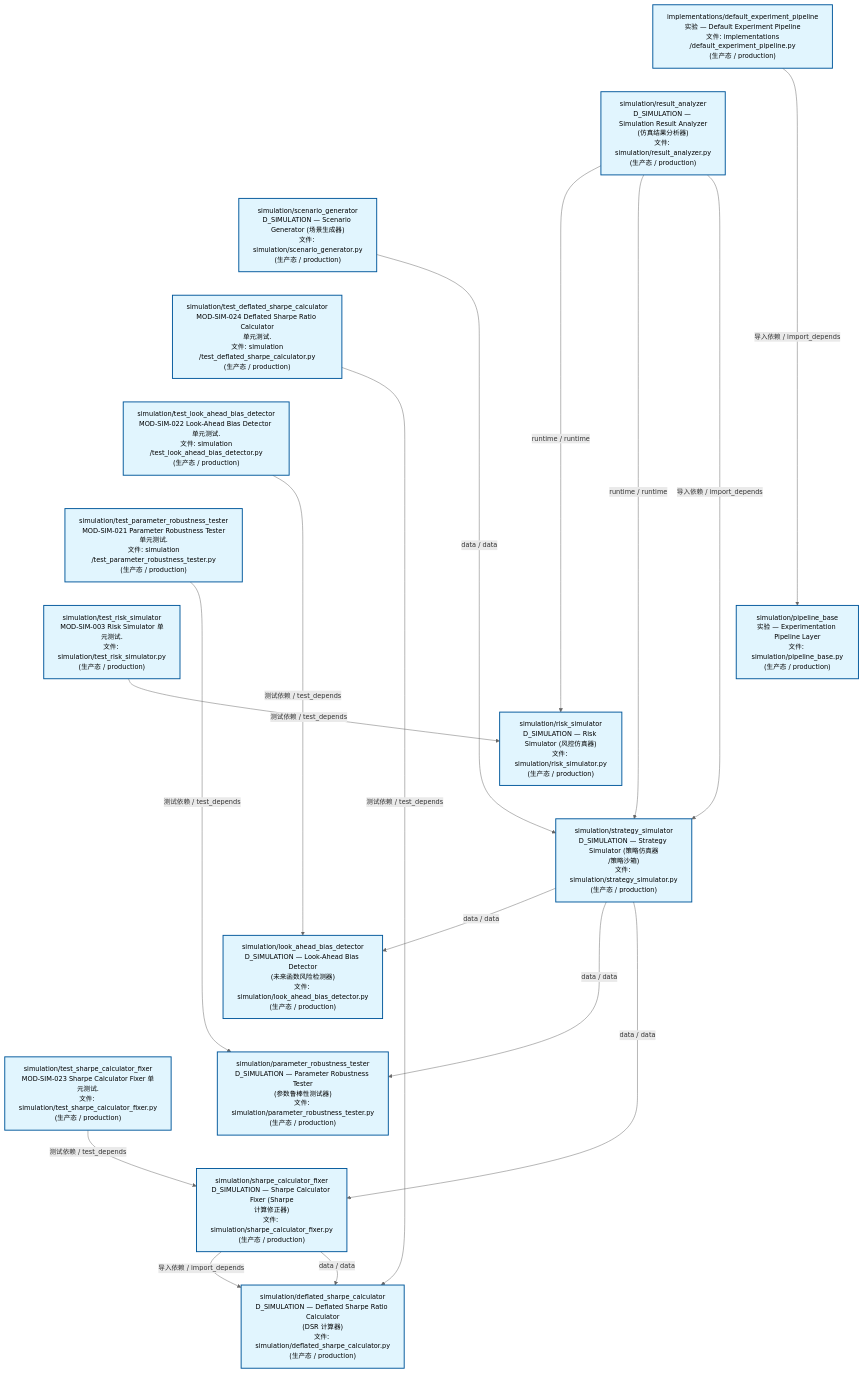
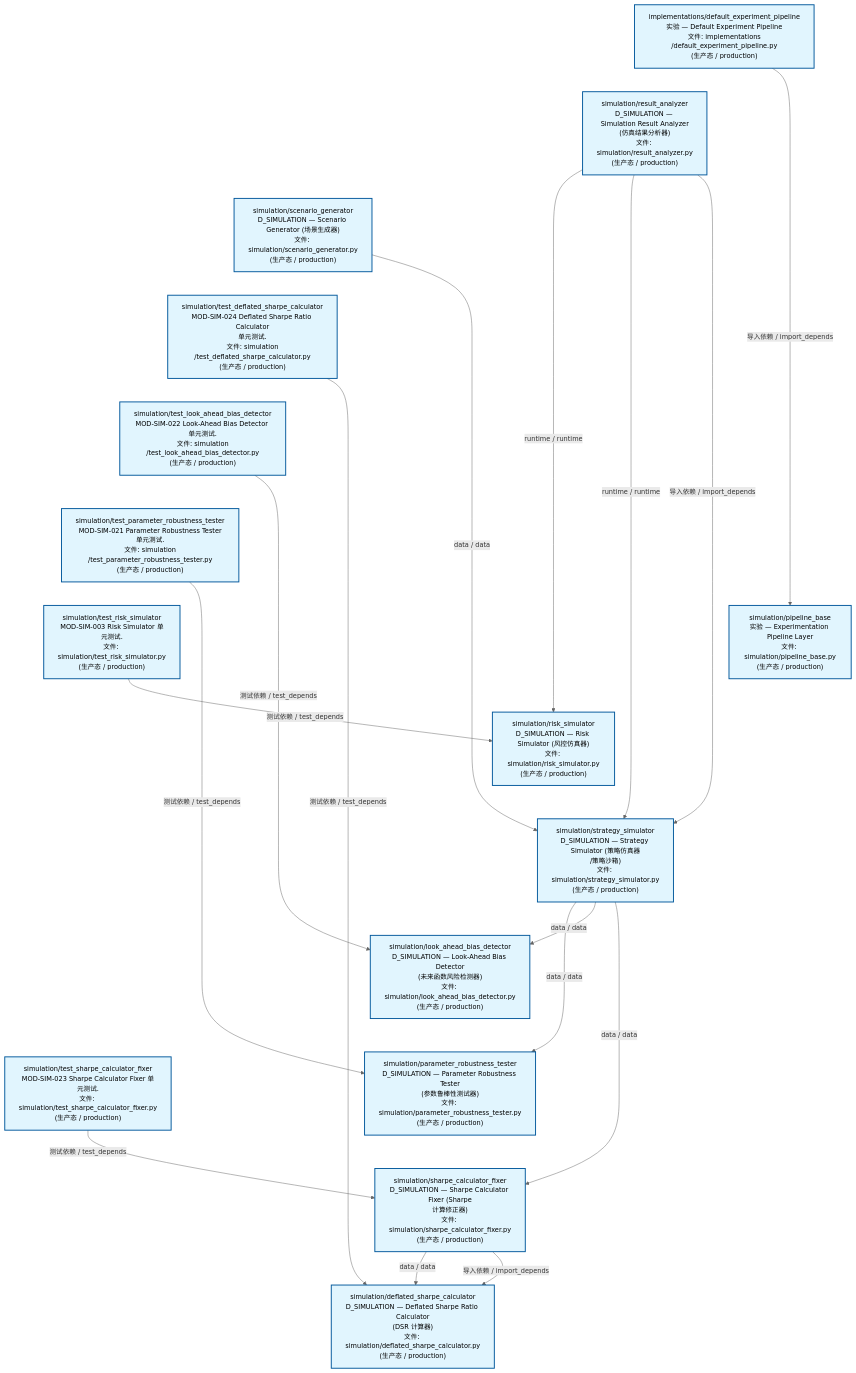
The second of 3 diagrams in docs/02_enterprise_architecture/02_domain_architecture_docs/70_d_simulation.md (xuanFelixVan/ZephyrAlpha), drawn with Mermaid before and after one commit. The commit also changed other lines of this file and 43 other files, not shown here.

````diff
--- a/docs/02_enterprise_architecture/02_domain_architecture_docs/70_d_simulation.md
+++ b/docs/02_enterprise_architecture/02_domain_architecture_docs/70_d_simulation.md
@@ -123,50 +123,50 @@
 ```mermaid
 %%{init: {'theme': 'base', 'themeVariables': {'primaryColor': '#eaeaea', 'primaryTextColor': '#333333', 'primaryBorderColor': '#666666', 'lineColor': '#666666', 'secondaryColor': '#eaeaea', 'tertiaryColor': '#eaeaea', 'fontSize': '14px'}}}%%
 flowchart TD
     src_zephyr_simulation_implementations_default_experiment_pipeline_py["implementations/default_experiment_pipeline<br/>实验 — Default Experiment Pipeline<br/>文件: implementations<br/>/default_experiment_pipeline.py<br/>(生产态 / production)"]
     src_zephyr_simulation_result_analyzer_py["simulation/result_analyzer<br/>D_SIMULATION — Simulation Result Analyzer<br/>(仿真结果分析器)<br/>文件: simulation/result_analyzer.py<br/>(生产态 / production)"]
     src_zephyr_simulation_scenario_generator_py["simulation/scenario_generator<br/>D_SIMULATION — Scenario Generator (场景生成器)<br/>文件: simulation/scenario_generator.py<br/>(生产态 / production)"]
     tests_simulation_test_deflated_sharpe_calculator_py["simulation/test_deflated_sharpe_calculator<br/>MOD-SIM-024 Deflated Sharpe Ratio Calculator<br/>单元测试.<br/>文件: simulation<br/>/test_deflated_sharpe_calculator.py<br/>(生产态 / production)"]
     tests_simulation_test_look_ahead_bias_detector_py["simulation/test_look_ahead_bias_detector<br/>MOD-SIM-022 Look-Ahead Bias Detector 单元测试.<br/>文件: simulation<br/>/test_look_ahead_bias_detector.py<br/>(生产态 / production)"]
     tests_simulation_test_parameter_robustness_tester_py["simulation/test_parameter_robustness_tester<br/>MOD-SIM-021 Parameter Robustness Tester<br/>单元测试.<br/>文件: simulation<br/>/test_parameter_robustness_tester.py<br/>(生产态 / production)"]
     tests_simulation_test_risk_simulator_py["simulation/test_risk_simulator<br/>MOD-SIM-003 Risk Simulator 单元测试.<br/>文件: simulation/test_risk_simulator.py<br/>(生产态 / production)"]
     tests_simulation_test_sharpe_calculator_fixer_py["simulation/test_sharpe_calculator_fixer<br/>MOD-SIM-023 Sharpe Calculator Fixer 单元测试.<br/>文件: simulation/test_sharpe_calculator_fixer.py<br/>(生产态 / production)"]
     src_zephyr_simulation_implementations_default_experiment_pipeline_py ~~~ src_zephyr_simulation_result_analyzer_py
     src_zephyr_simulation_result_analyzer_py ~~~ src_zephyr_simulation_scenario_generator_py
     src_zephyr_simulation_scenario_generator_py ~~~ tests_simulation_test_deflated_sharpe_calculator_py
     tests_simulation_test_deflated_sharpe_calculator_py ~~~ tests_simulation_test_look_ahead_bias_detector_py
     tests_simulation_test_look_ahead_bias_detector_py ~~~ tests_simulation_test_parameter_robustness_tester_py
     tests_simulation_test_parameter_robustness_tester_py ~~~ tests_simulation_test_risk_simulator_py
     tests_simulation_test_risk_simulator_py ~~~ tests_simulation_test_sharpe_calculator_fixer_py
     src_zephyr_simulation_pipeline_base_py["simulation/pipeline_base<br/>实验 — Experimentation Pipeline Layer<br/>文件: simulation/pipeline_base.py<br/>(生产态 / production)"]
     src_zephyr_simulation_risk_simulator_py["simulation/risk_simulator<br/>D_SIMULATION — Risk Simulator (风控仿真器)<br/>文件: simulation/risk_simulator.py<br/>(生产态 / production)"]
     src_zephyr_simulation_strategy_simulator_py["simulation/strategy_simulator<br/>D_SIMULATION — Strategy Simulator (策略仿真器<br/>/策略沙箱)<br/>文件: simulation/strategy_simulator.py<br/>(生产态 / production)"]
     src_zephyr_simulation_pipeline_base_py ~~~ src_zephyr_simulation_risk_simulator_py
     src_zephyr_simulation_risk_simulator_py ~~~ src_zephyr_simulation_strategy_simulator_py
     src_zephyr_simulation_look_ahead_bias_detector_py["simulation/look_ahead_bias_detector<br/>D_SIMULATION — Look-Ahead Bias Detector<br/>(未来函数风险检测器)<br/>文件: simulation/look_ahead_bias_detector.py<br/>(生产态 / production)"]
     src_zephyr_simulation_parameter_robustness_tester_py["simulation/parameter_robustness_tester<br/>D_SIMULATION — Parameter Robustness Tester<br/>(参数鲁棒性测试器)<br/>文件: simulation/parameter_robustness_tester.py<br/>(生产态 / production)"]
     src_zephyr_simulation_sharpe_calculator_fixer_py["simulation/sharpe_calculator_fixer<br/>D_SIMULATION — Sharpe Calculator Fixer (Sharpe<br/>计算修正器)<br/>文件: simulation/sharpe_calculator_fixer.py<br/>(生产态 / production)"]
     src_zephyr_simulation_look_ahead_bias_detector_py ~~~ src_zephyr_simulation_parameter_robustness_tester_py
     src_zephyr_simulation_parameter_robustness_tester_py ~~~ src_zephyr_simulation_sharpe_calculator_fixer_py
     src_zephyr_simulation_deflated_sharpe_calculator_py["simulation/deflated_sharpe_calculator<br/>D_SIMULATION — Deflated Sharpe Ratio Calculator<br/>(DSR 计算器)<br/>文件: simulation/deflated_sharpe_calculator.py<br/>(生产态 / production)"]
     src_zephyr_simulation_scenario_generator_py -->|data / data| src_zephyr_simulation_strategy_simulator_py
     src_zephyr_simulation_result_analyzer_py -->|runtime / runtime| src_zephyr_simulation_risk_simulator_py
     src_zephyr_simulation_result_analyzer_py -->|runtime / runtime| src_zephyr_simulation_strategy_simulator_py
     src_zephyr_simulation_result_analyzer_py -->|导入依赖 / import_depends| src_zephyr_simulation_strategy_simulator_py
+    src_zephyr_simulation_strategy_simulator_py -->|data / data| src_zephyr_simulation_parameter_robustness_tester_py
+    src_zephyr_simulation_strategy_simulator_py -->|data / data| src_zephyr_simulation_look_ahead_bias_detector_py
+    src_zephyr_simulation_strategy_simulator_py -->|data / data| src_zephyr_simulation_sharpe_calculator_fixer_py
+    src_zephyr_simulation_sharpe_calculator_fixer_py -->|data / data| src_zephyr_simulation_deflated_sharpe_calculator_py
     src_zephyr_simulation_sharpe_calculator_fixer_py -->|导入依赖 / import_depends| src_zephyr_simulation_deflated_sharpe_calculator_py
-    src_zephyr_simulation_sharpe_calculator_fixer_py -->|data / data| src_zephyr_simulation_deflated_sharpe_calculator_py
-    src_zephyr_simulation_strategy_simulator_py -->|data / data| src_zephyr_simulation_look_ahead_bias_detector_py
-    src_zephyr_simulation_strategy_simulator_py -->|data / data| src_zephyr_simulation_parameter_robustness_tester_py
-    src_zephyr_simulation_strategy_simulator_py -->|data / data| src_zephyr_simulation_sharpe_calculator_fixer_py
     src_zephyr_simulation_implementations_default_experiment_pipeline_py -->|导入依赖 / import_depends| src_zephyr_simulation_pipeline_base_py
     tests_simulation_test_deflated_sharpe_calculator_py -->|测试依赖 / test_depends| src_zephyr_simulation_deflated_sharpe_calculator_py
+    tests_simulation_test_parameter_robustness_tester_py -->|测试依赖 / test_depends| src_zephyr_simulation_parameter_robustness_tester_py
     tests_simulation_test_look_ahead_bias_detector_py -->|测试依赖 / test_depends| src_zephyr_simulation_look_ahead_bias_detector_py
-    tests_simulation_test_parameter_robustness_tester_py -->|测试依赖 / test_depends| src_zephyr_simulation_parameter_robustness_tester_py
+    tests_simulation_test_sharpe_calculator_fixer_py -->|测试依赖 / test_depends| src_zephyr_simulation_sharpe_calculator_fixer_py
     tests_simulation_test_risk_simulator_py -->|测试依赖 / test_depends| src_zephyr_simulation_risk_simulator_py
-    tests_simulation_test_sharpe_calculator_fixer_py -->|测试依赖 / test_depends| src_zephyr_simulation_sharpe_calculator_fixer_py
     classDef production fill:#e1f5fe,stroke:#01579b,stroke-width:2px,color:#000
     classDef design fill:#fff3e0,stroke:#e65100,stroke-width:2px,color:#000,stroke-dasharray: 5 5
     classDef external_prod fill:#e8f4fd,stroke:#0277bd,stroke-width:1px,color:#000
     classDef external_design fill:#fff8e7,stroke:#ef6c00,stroke-width:1px,color:#000,stroke-dasharray: 5 5
     class src_zephyr_simulation_deflated_sharpe_calculator_py,src_zephyr_simulation_implementations_default_experiment_pipeline_py,src_zephyr_simulation_look_ahead_bias_detector_py,src_zephyr_simulation_parameter_robustness_tester_py,src_zephyr_simulation_pipeline_base_py,src_zephyr_simulation_result_analyzer_py,src_zephyr_simulation_risk_simulator_py,src_zephyr_simulation_scenario_generator_py,src_zephyr_simulation_sharpe_calculator_fixer_py,src_zephyr_simulation_strategy_simulator_py,tests_simulation_test_deflated_sharpe_calculator_py,tests_simulation_test_look_ahead_bias_detector_py,tests_simulation_test_parameter_robustness_tester_py,tests_simulation_test_risk_simulator_py,tests_simulation_test_sharpe_calculator_fixer_py production
 ```
````
